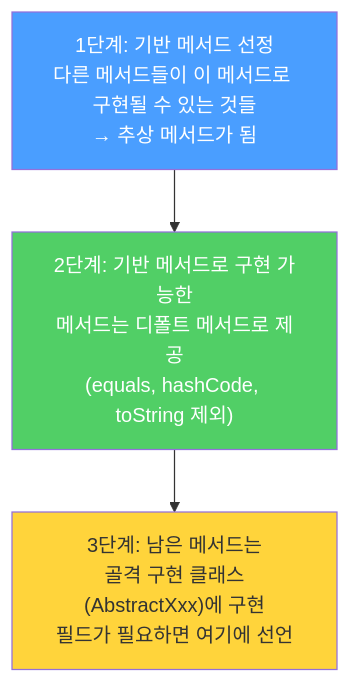
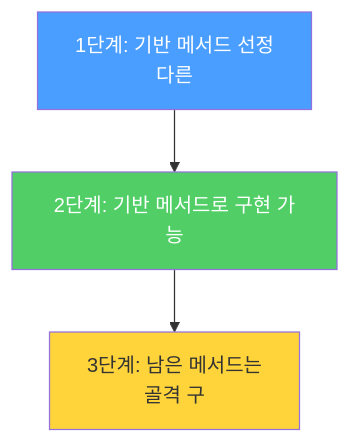
The fourth of 5 diagrams in _posts/java/2022-01-03-effective-java20.md (yjkim2015/yjkim2015.github.io), drawn with Mermaid before and after one commit. The commit also changed other lines of this file and 271 other files, not shown here.

First line of the commit message:
Mermaid 라벨 축소: 긴 노드 텍스트 18자 이하로 트림 + \n 제거

````diff
--- a/_posts/java/2022-01-03-effective-java20.md
+++ b/_posts/java/2022-01-03-effective-java20.md
@@ -202,8 +202,8 @@
 ```mermaid
 graph TD
-    A["1단계: 기반 메서드 선정\n다른 메서드들이 이 메서드로 구현될 수 있는 것들\n→ 추상 메서드가 됨"] --> B["2단계: 기반 메서드로 구현 가능한\n메서드는 디폴트 메서드로 제공\n(equals, hashCode, toString 제외)"]
-    B --> C["3단계: 남은 메서드는\n골격 구현 클래스(AbstractXxx)에 구현\n필드가 필요하면 여기에 선언"]
+    A["1단계: 기반 메서드 선정\n다른"] --> B["2단계: 기반 메서드로 구현 가능"]
+    B --> C["3단계: 남은 메서드는\n골격 구"]
     style A fill:#4a9eff,color:#fff
     style B fill:#51cf66,color:#fff
     style C fill:#ffd43b
 ```
````
